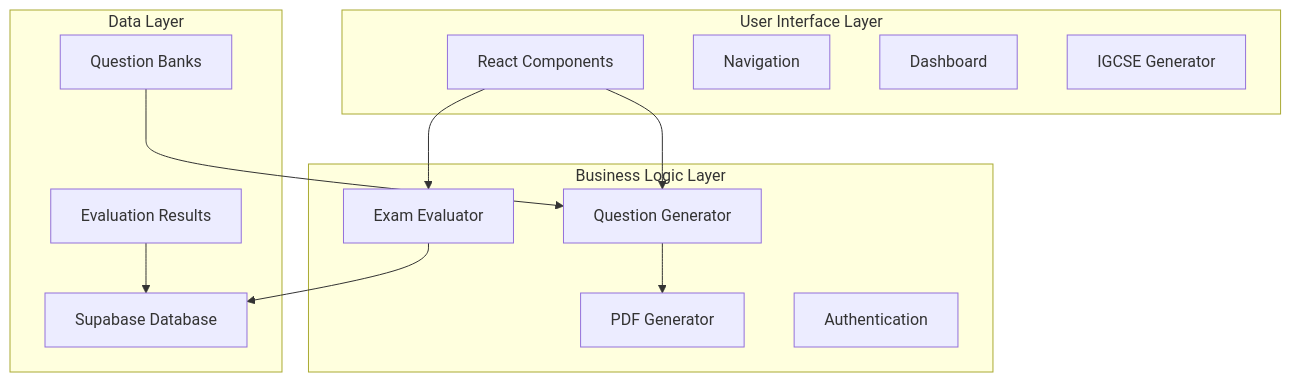
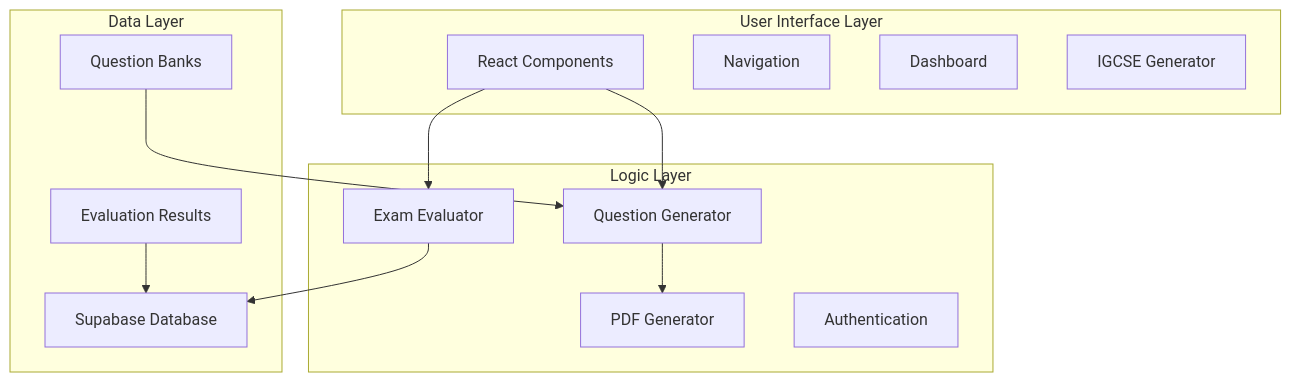
One commit to shakhawathossain07/AI-Exam-Evaluator- changed the diagram in README.md. Above: the diagram before and after it, drawn with Mermaid.

````diff
--- a/README.md
+++ b/README.md
@@ -64,29 +64,29 @@
 ```mermaid
 graph TB
     subgraph "User Interface Layer"
         UI[React Components]
         Nav[Navigation]
         Dash[Dashboard]
         IGCSE[IGCSE Generator]
     end
     
-    subgraph "Business Logic Layer"
+    subgraph "Logic Layer"
         Eval[Exam Evaluator]
         QGen[Question Generator]
         PDF[PDF Generator]
         Auth[Authentication]
     end
     
     subgraph "Data Layer"
         Supabase[Supabase Database]
         QBank[Question Banks]
         Results[Evaluation Results]
     end
     
     UI --> Eval
     UI --> QGen
     QGen --> PDF
     Eval --> Supabase
     QBank --> QGen
     Results --> Supabase
 ```
````
